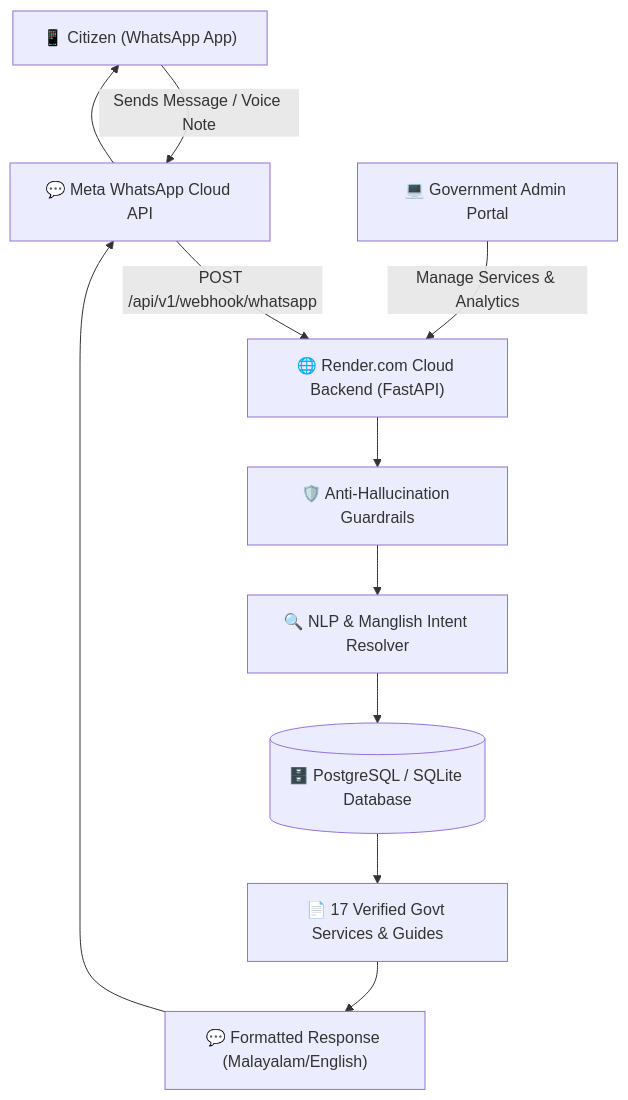
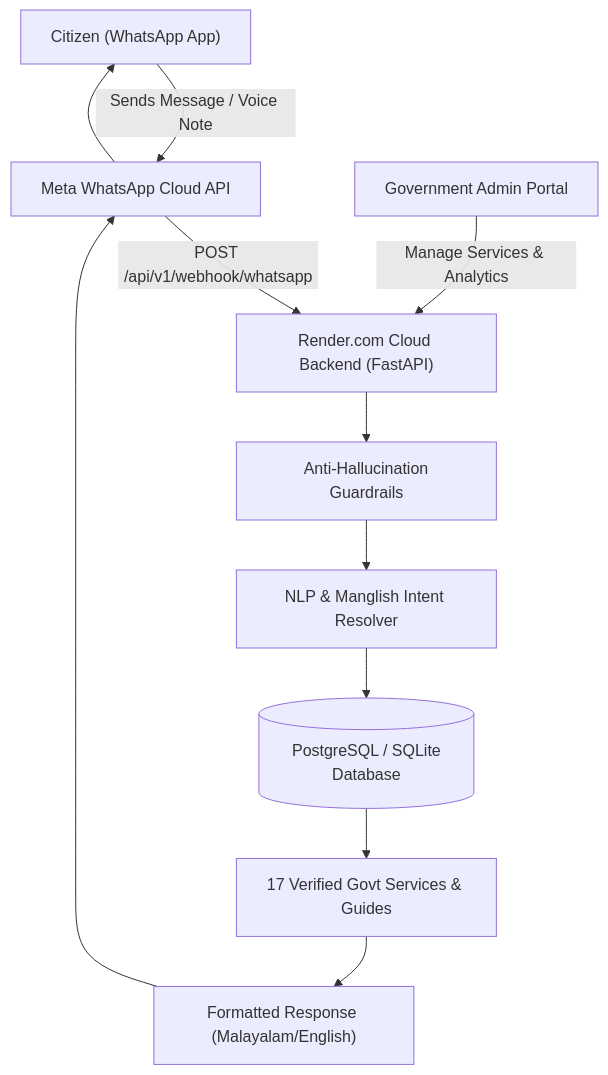
One commit to joelcabraham06/JanaSeva-App changed the diagram in README.md. Above: the diagram before and after it, drawn with Mermaid. The commit also changed other lines of this file, not shown here.

````diff
--- a/README.md
+++ b/README.md
@@ -48,13 +47,13 @@
 ```mermaid
 graph TD
-    User["📱 Citizen (WhatsApp App)"] -->|Sends Message / Voice Note| Meta["💬 Meta WhatsApp Cloud API"]
-    Meta -->|POST /api/v1/webhook/whatsapp| Render["🌐 Render.com Cloud Backend (FastAPI)"]
-    Render --> Guard["🛡️ Anti-Hallucination Guardrails"]
-    Guard --> NLP["🔍 NLP & Manglish Intent Resolver"]
-    NLP --> DB[("🗄️ PostgreSQL / SQLite Database")]
-    DB --> Service["📄 17 Verified Govt Services & Guides"]
-    Service --> Res["💬 Formatted Response (Malayalam/English)"]
-    Res --> Meta
-    Meta --> User
-    Admin["💻 Government Admin Portal"] -->|Manage Services & Analytics| Render
+ User[" Citizen (WhatsApp App)"] -->|Sends Message / Voice Note| Meta[" Meta WhatsApp Cloud API"]
+ Meta -->|POST /api/v1/webhook/whatsapp| Render[" Render.com Cloud Backend (FastAPI)"]
+ Render --> Guard["️ Anti-Hallucination Guardrails"]
+ Guard --> NLP[" NLP & Manglish Intent Resolver"]
+ NLP --> DB[("️ PostgreSQL / SQLite Database")]
+ DB --> Service[" 17 Verified Govt Services & Guides"]
+ Service --> Res[" Formatted Response (Malayalam/English)"]
+ Res --> Meta
+ Meta --> User
+ Admin[" Government Admin Portal"] -->|Manage Services & Analytics| Render
 ```
````
